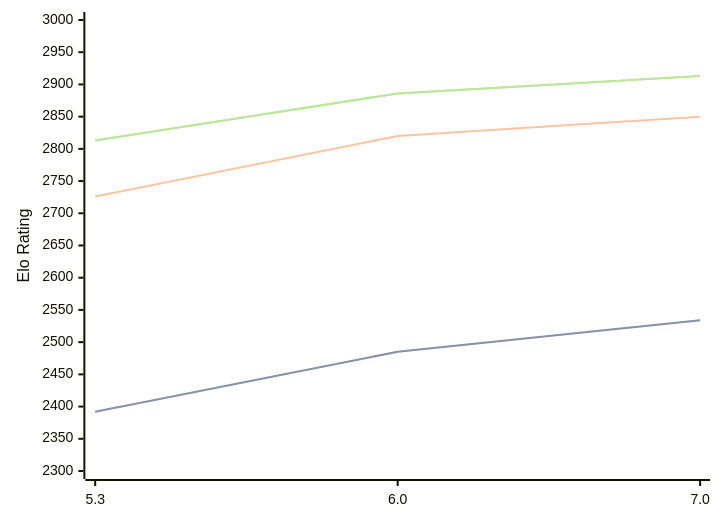
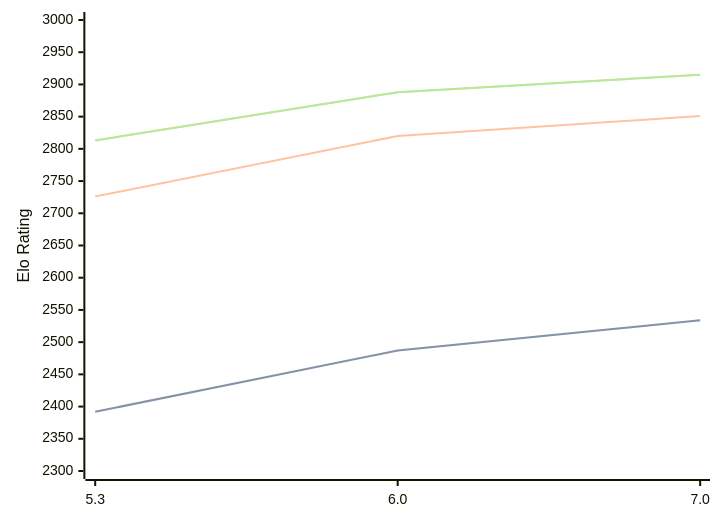
One commit to computer-chess-index/cci changed the diagram in engines/tomitankChess.md. Above: the diagram before and after it, drawn with Mermaid. The commit also changed other lines of this file, not shown here.

Commit message:
Update CCI Ratings (ELO VLTC) - 2026-10-07

````diff
--- a/engines/tomitankChess.md
+++ b/engines/tomitankChess.md
@@ -33,11 +33,11 @@
 ```mermaid
 %%{init: {"theme":"base","themeVariables":{"seriesColors:['#a3a3a3','#222221','#faa371']}}}%%
 xychart-beta
   x-axis ["5.3", "6.0", "7.0"]
   y-axis "Elo Rating" 2300 --> 3000
-  line "" [2392, 2485, 2534]
-  line "STC (8.0+0.08s)" [2392, 2485, 2534]
-  line "LTC (60.0+0.60s)" [2726, 2820, 2850]
-  line "" [2813, 2886, 2913]
-  line "VLTC (2m24s+1.12s)" [2813, 2886, 2913]
+  line "" [2392, 2487, 2534]
+  line "STC (8.0+0.08s)" [2392, 2487, 2534]
+  line "LTC (60.0+0.60s)" [2726, 2820, 2851]
+  line "" [2813, 2888, 2915]
+  line "VLTC (2m24s+1.12s)" [2813, 2888, 2915]
 ```
````
